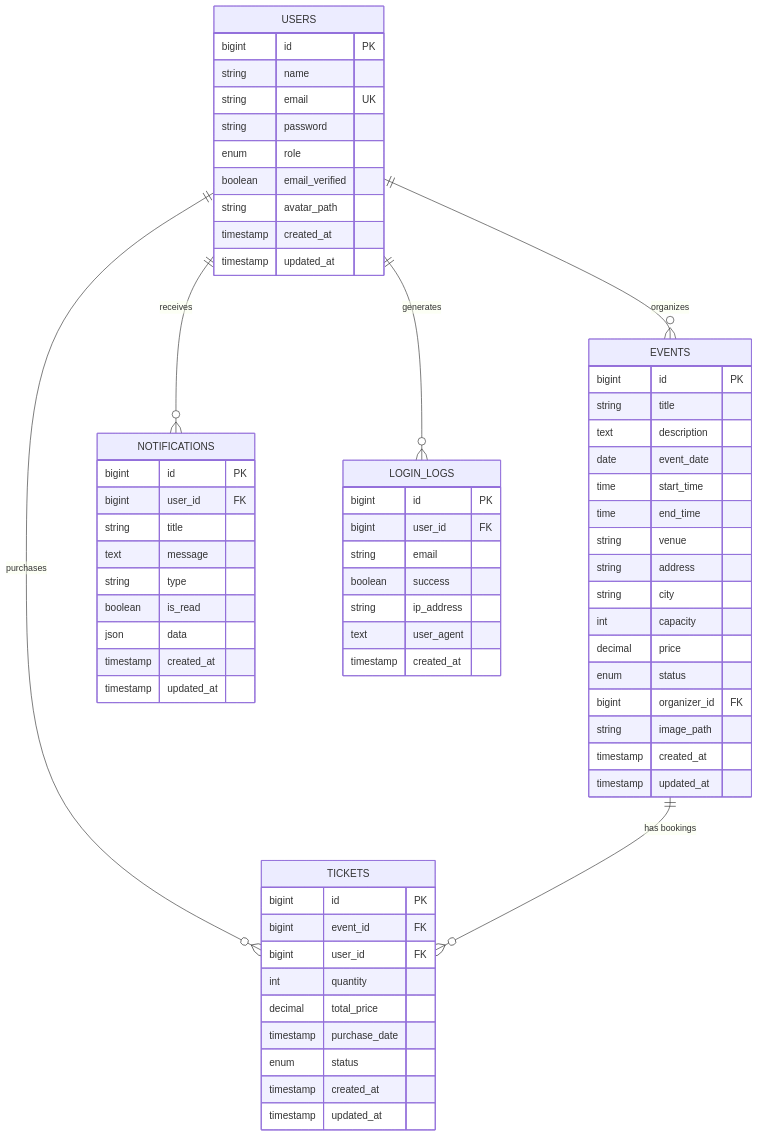
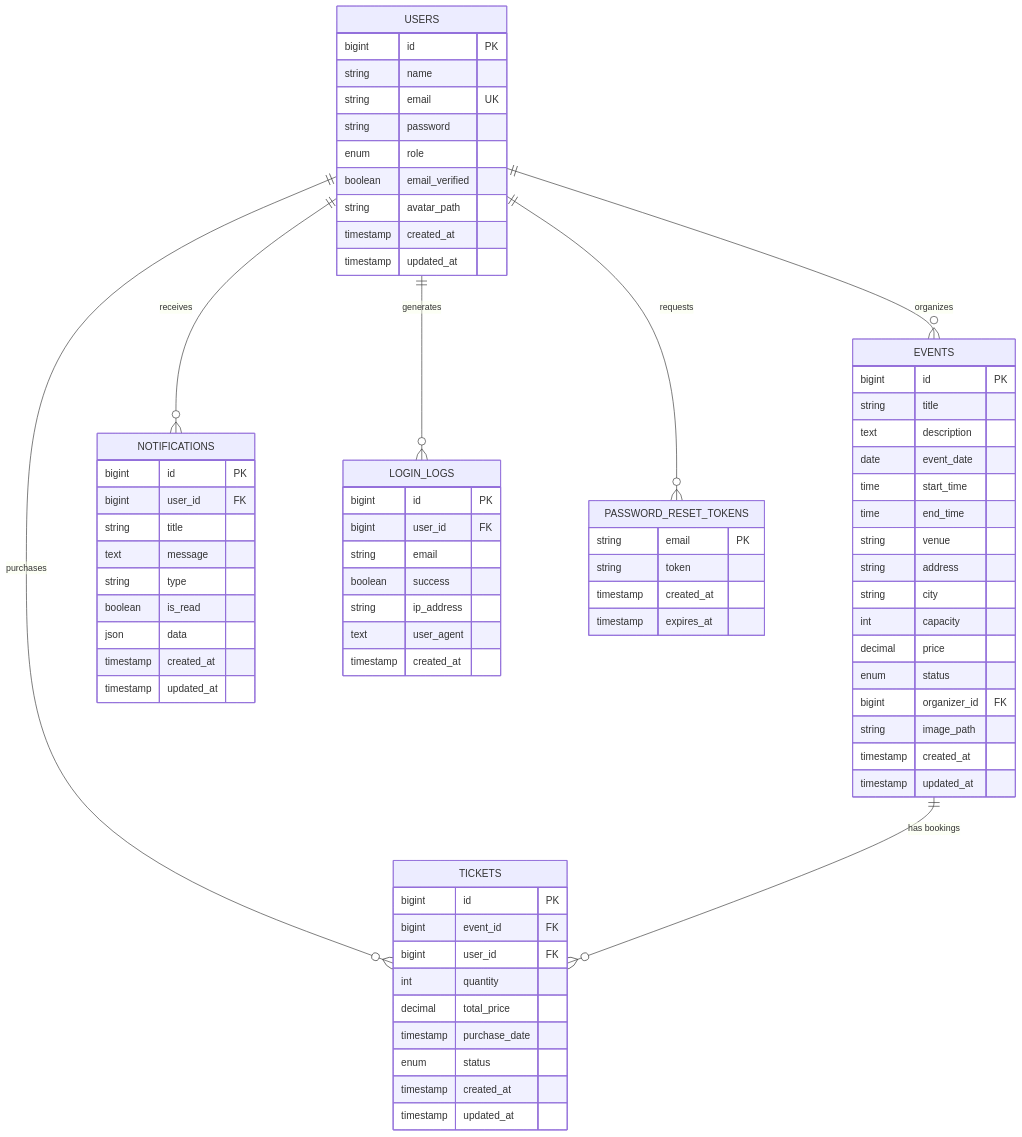
One commit to Event-Management-Ticketing-System-EMTS/Event-Management-Ticketing-System changed diagram 14 of 15 in README.md. Above: the diagram before and after it, drawn with Mermaid. The commit also changed other lines of this file and 1 other file, not shown here.

Commit message:
feat: Add Command Pattern implementation for password reset system and update documentation

````diff
--- a/README.md
+++ b/README.md
@@ -945,73 +1146,81 @@
 ```mermaid
 erDiagram
     USERS {
         bigint id PK
         string name
         string email UK
         string password
         enum role
         boolean email_verified
         string avatar_path
         timestamp created_at
         timestamp updated_at
     }
     
     EVENTS {
         bigint id PK
         string title
         text description
         date event_date
         time start_time
         time end_time
         string venue
         string address
         string city
         int capacity
         decimal price
         enum status
         bigint organizer_id FK
         string image_path
         timestamp created_at
         timestamp updated_at
     }
     
     TICKETS {
         bigint id PK
         bigint event_id FK
         bigint user_id FK
         int quantity
         decimal total_price
         timestamp purchase_date
         enum status
         timestamp created_at
         timestamp updated_at
     }
     
     NOTIFICATIONS {
         bigint id PK
         bigint user_id FK
         string title
         text message
         string type
         boolean is_read
         json data
         timestamp created_at
         timestamp updated_at
     }
     
     LOGIN_LOGS {
         bigint id PK
         bigint user_id FK
         string email
         boolean success
         string ip_address
         text user_agent
         timestamp created_at
     }
     
+    PASSWORD_RESET_TOKENS {
+        string email PK
+        string token
+        timestamp created_at
+        timestamp expires_at
+    }
+    
     USERS ||--o{ EVENTS : organizes
     USERS ||--o{ LOGIN_LOGS : generates
     USERS ||--o{ TICKETS : purchases
     USERS ||--o{ NOTIFICATIONS : receives
+    USERS ||--o{ PASSWORD_RESET_TOKENS : requests
     EVENTS ||--o{ TICKETS : "has bookings"
 ```
````
